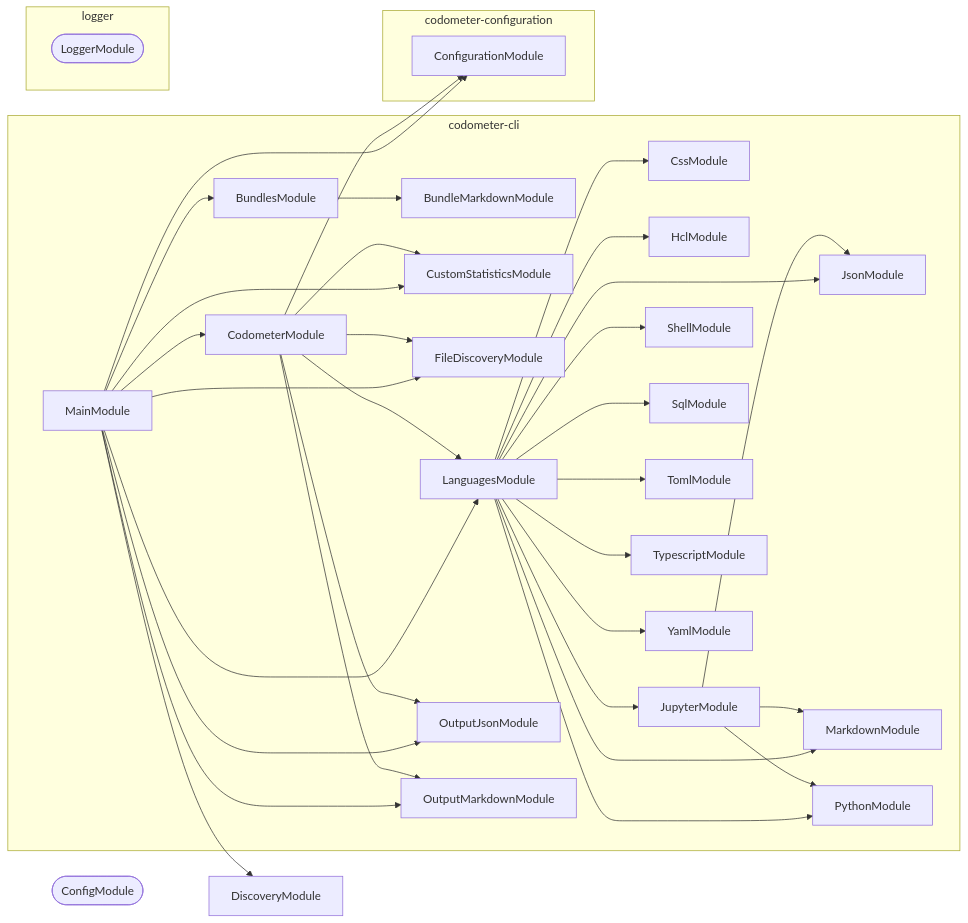
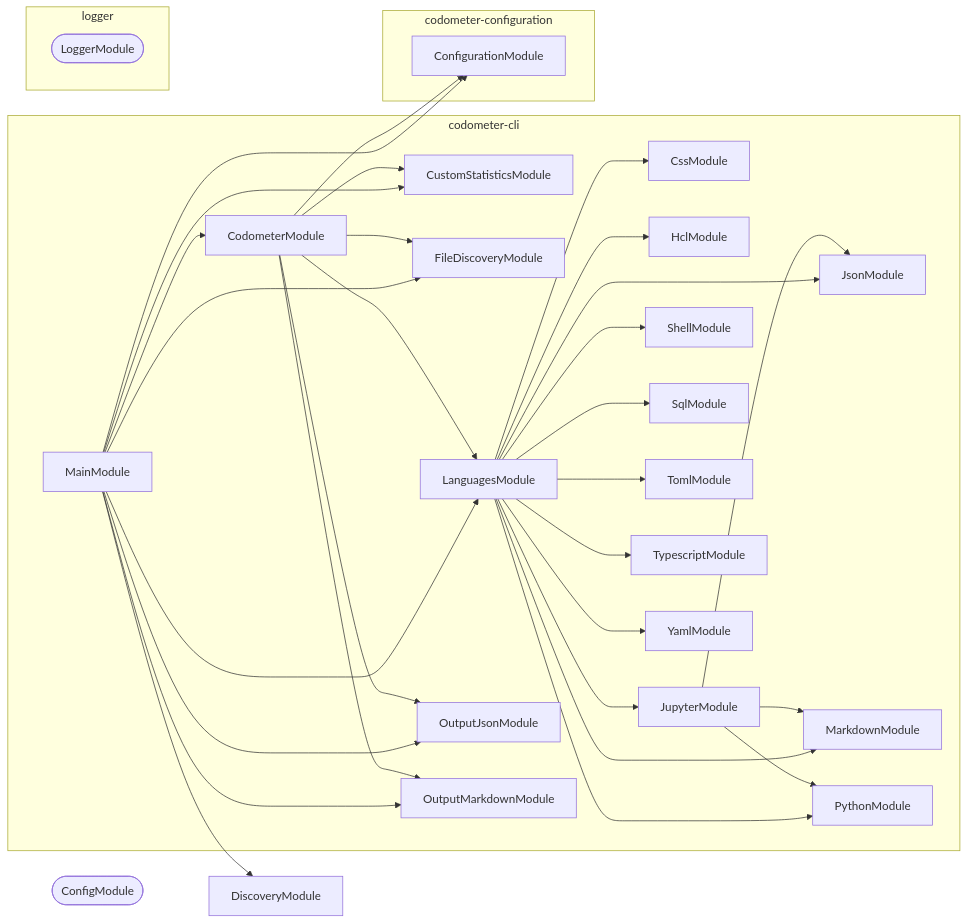
The second of 2 diagrams in packages/codometer-cli/README.md (JimmyPaolini/codebase), drawn with Mermaid before and after one commit. The commit also changed other lines of this file and 50 other files, not shown here.

````diff
--- a/packages/codometer-cli/README.md
+++ b/packages/codometer-cli/README.md
@@ -206,63 +176,59 @@
 ```mermaid
 flowchart LR
   subgraph group0["codometer-cli"]
-    BundleMarkdownModule
-    BundlesModule
     CodometerModule
     CssModule
     CustomStatisticsModule
     FileDiscoveryModule
     HclModule
     JsonModule
     JupyterModule
     LanguagesModule
     MainModule
     MarkdownModule
     OutputJsonModule
     OutputMarkdownModule
     PythonModule
     ShellModule
     SqlModule
     TomlModule
     TypescriptModule
     YamlModule
   end
   subgraph group1["codometer-configuration"]
     ConfigurationModule
   end
   subgraph group2["logger"]
     LoggerModule([LoggerModule])
   end
   ConfigModule([ConfigModule])
   DiscoveryModule
-  BundlesModule --> BundleMarkdownModule
   CodometerModule --> ConfigurationModule
   CodometerModule --> CustomStatisticsModule
   CodometerModule --> FileDiscoveryModule
   CodometerModule --> LanguagesModule
   CodometerModule --> OutputJsonModule
   CodometerModule --> OutputMarkdownModule
   JupyterModule --> JsonModule
   JupyterModule --> MarkdownModule
   JupyterModule --> PythonModule
   LanguagesModule --> CssModule
   LanguagesModule --> HclModule
   LanguagesModule --> JsonModule
   LanguagesModule --> JupyterModule
   LanguagesModule --> MarkdownModule
   LanguagesModule --> PythonModule
   LanguagesModule --> ShellModule
   LanguagesModule --> SqlModule
   LanguagesModule --> TomlModule
   LanguagesModule --> TypescriptModule
   LanguagesModule --> YamlModule
-  MainModule --> BundlesModule
   MainModule --> CodometerModule
   MainModule --> ConfigurationModule
   MainModule --> CustomStatisticsModule
   MainModule --> DiscoveryModule
   MainModule --> FileDiscoveryModule
   MainModule --> LanguagesModule
   MainModule --> OutputJsonModule
   MainModule --> OutputMarkdownModule
 ```
````
